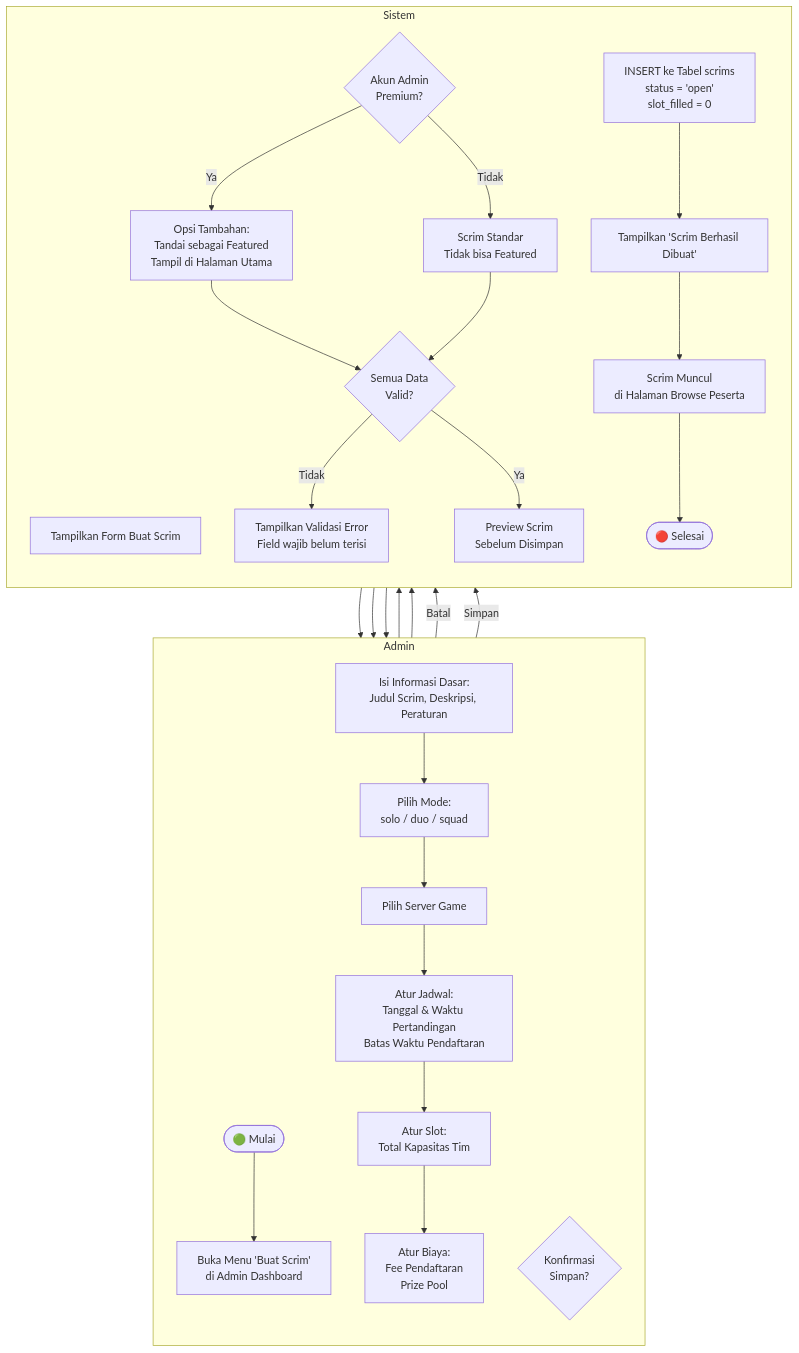
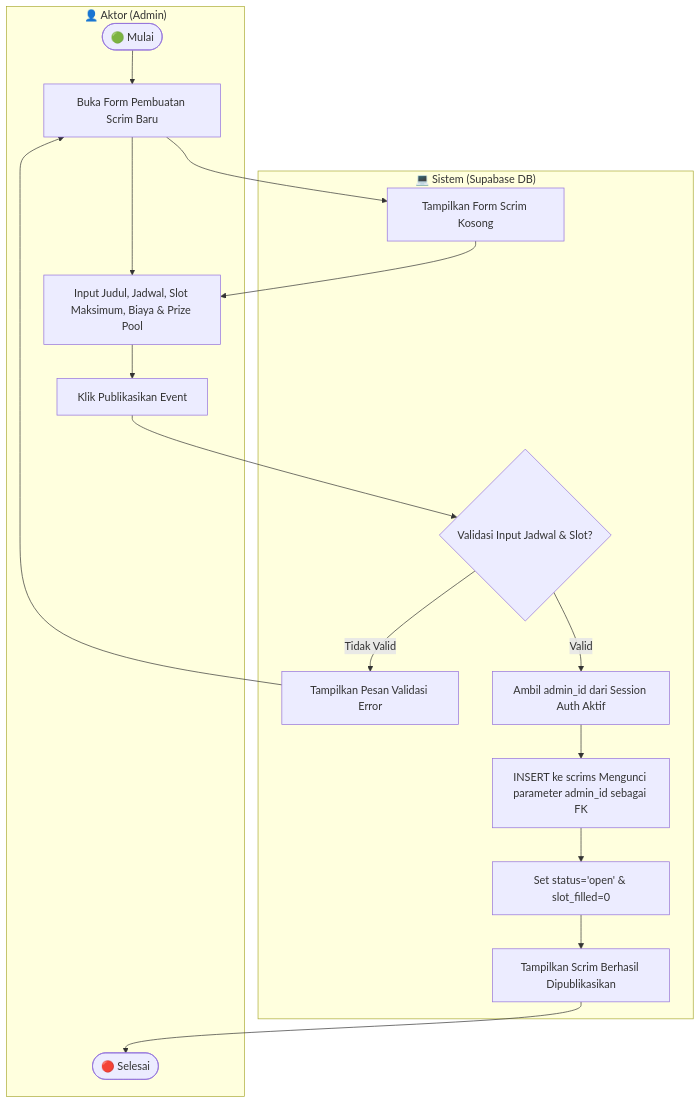
One commit to yosima050/booyahhub changed diagram 14 of 43 in DOKUMENTASI.md. Above: the diagram before and after it, drawn with Mermaid. The commit also changed other lines of this file, not shown here.

````diff
--- a/DOKUMENTASI.md
+++ b/DOKUMENTASI.md
@@ -651,32 +501,19 @@
 ```mermaid
 flowchart TD
-    subgraph Admin
-        direction TB
-        A([🟢 Mulai]) --> B[Buka Menu 'Buat Scrim'<br/>di Admin Dashboard]
-        D[Isi Informasi Dasar:<br/>Judul Scrim, Deskripsi, Peraturan] --> E[Pilih Mode:<br/>solo / duo / squad]
-        E --> F[Pilih Server Game]
-        F --> G[Atur Jadwal:<br/>Tanggal & Waktu Pertandingan<br/>Batas Waktu Pendaftaran]
-        G --> H[Atur Slot:<br/>Total Kapasitas Tim]
-        H --> I[Atur Biaya:<br/>Fee Pendaftaran<br/>Prize Pool]
-        P{Konfirmasi<br/>Simpan?}
+    subgraph Aktor ["👤 Aktor (Admin)"]
+        M1([🟢 Mulai]) --> M2[Buka Form Pembuatan Scrim Baru]
+        M2 --> M3[Input Judul, Jadwal, Slot Maksimum, Biaya & Prize Pool]
+        M3 --> M4[Klik Publikasikan Event]
+        M5([🔴 Selesai])
     end
 
-    subgraph Sistem
-        direction TB
-        B --> C[Tampilkan Form Buat Scrim]
-        C --> D
-        I --> J{Akun Admin<br/>Premium?}
-        J -->|Ya| K[Opsi Tambahan:<br/>Tandai sebagai Featured<br/>Tampil di Halaman Utama]
-        J -->|Tidak| L[Scrim Standar<br/>Tidak bisa Featured]
-        K & L --> M{Semua Data<br/>Valid?}
-        M -->|Tidak| N[Tampilkan Validasi Error<br/>Field wajib belum terisi]
-        N --> D
-        M -->|Ya| O[Preview Scrim<br/>Sebelum Disimpan]
-        O --> P
-        P -->|Batal| C
-        P -->|Simpan| Q[INSERT ke Tabel scrims<br/>status = 'open'<br/>slot_filled = 0]
-        Q --> R[Tampilkan 'Scrim Berhasil Dibuat']
-        R --> S[Scrim Muncul<br/>di Halaman Browse Peserta]
-        S --> T([🔴 Selesai])
+    subgraph Sistem ["💻 Sistem (Supabase DB)"]
+        M2 --> S1[Tampilkan Form Scrim Kosong] --> M3
+        M4 --> S2{Validasi Input Jadwal & Slot?}
+        S2 -->|Tidak Valid| S3[Tampilkan Pesan Validasi Error] --> M2
+        S2 -->|Valid| S4[Ambil admin_id dari Session Auth Aktif]
+        S4 --> S5[INSERT ke scrims Mengunci parameter admin_id sebagai FK]
+        S5 --> S6[Set status='open' & slot_filled=0]
+        S6 --> S7[Tampilkan Scrim Berhasil Dipublikasikan] --> M5
     end
 ```
````
